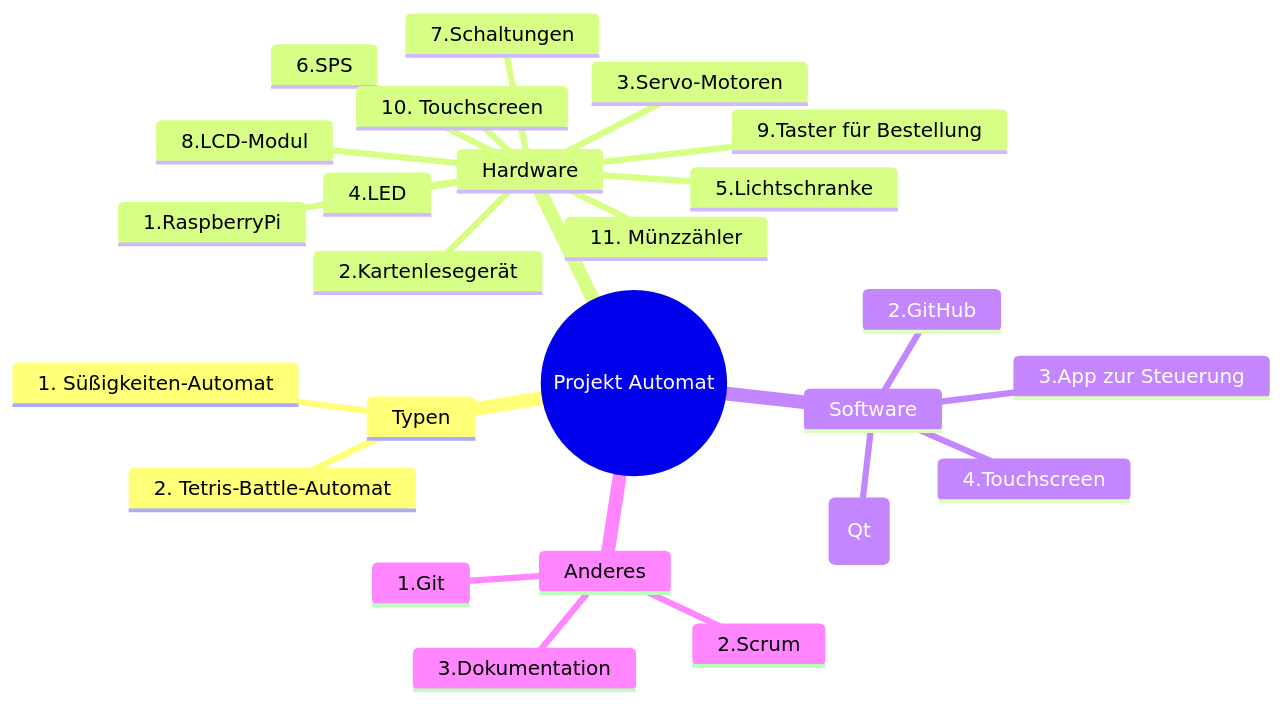
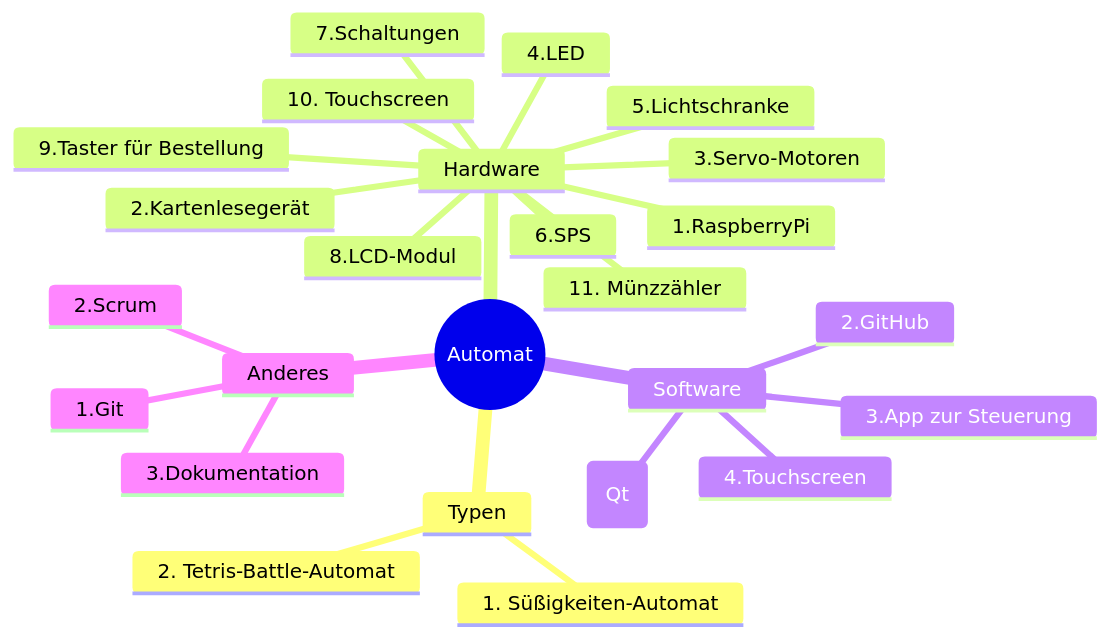
The diagram in README.md (Darabrob/Projekt_Automat), drawn with Mermaid before and after one commit.

````diff
--- a/README.md
+++ b/README.md
@@ -3,29 +3,29 @@
 ```mermaid
 mindmap
-  root((Projekt Automat))
+  root((Automat))
     Typen
       1. Süßigkeiten-Automat
       2. Tetris-Battle-Automat
     Hardware
       1.RaspberryPi
       2.Kartenlesegerät
       3.Servo-Motoren
       4.LED
       5.Lichtschranke
       6.SPS
       7.Schaltungen
       8.LCD-Modul
       9.Taster für Bestellung
       10. Touchscreen
       11. Münzzähler
     Software
       1.Python/Java/C++(Qt)
       2.GitHub
       3.App zur Steuerung
       4.Touchscreen
     Anderes
       1.Git
       2.Scrum
       3.Dokumentation
 
 ```
````
